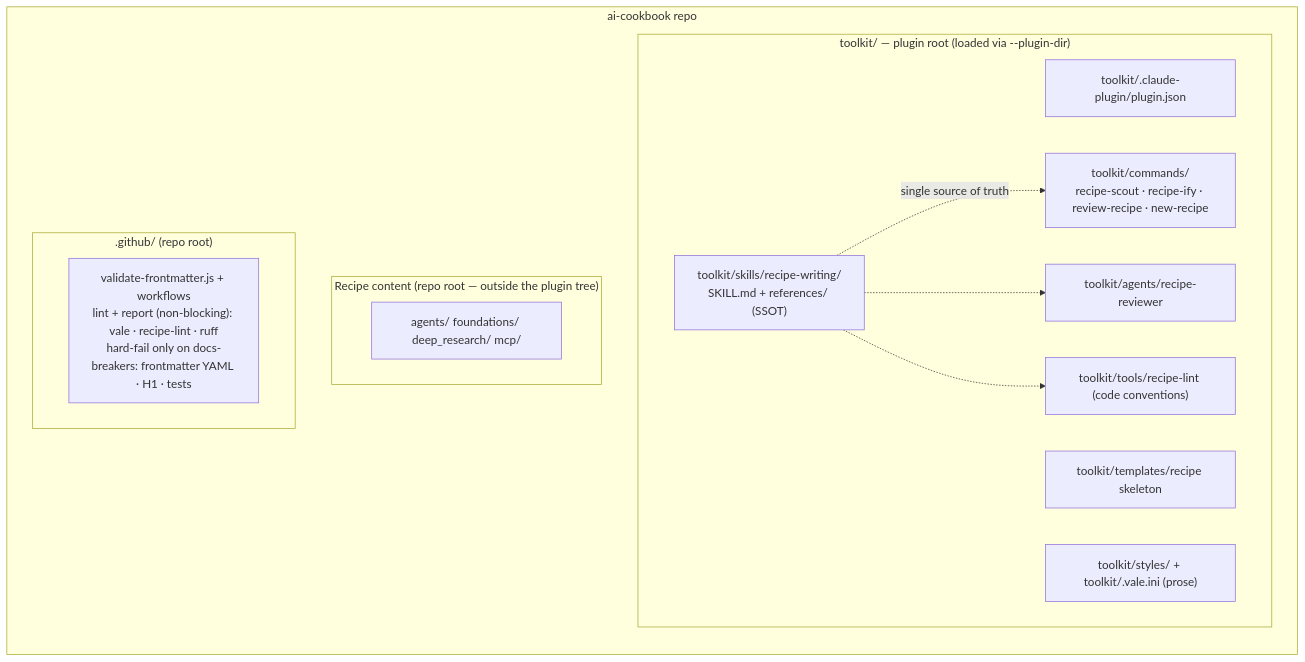
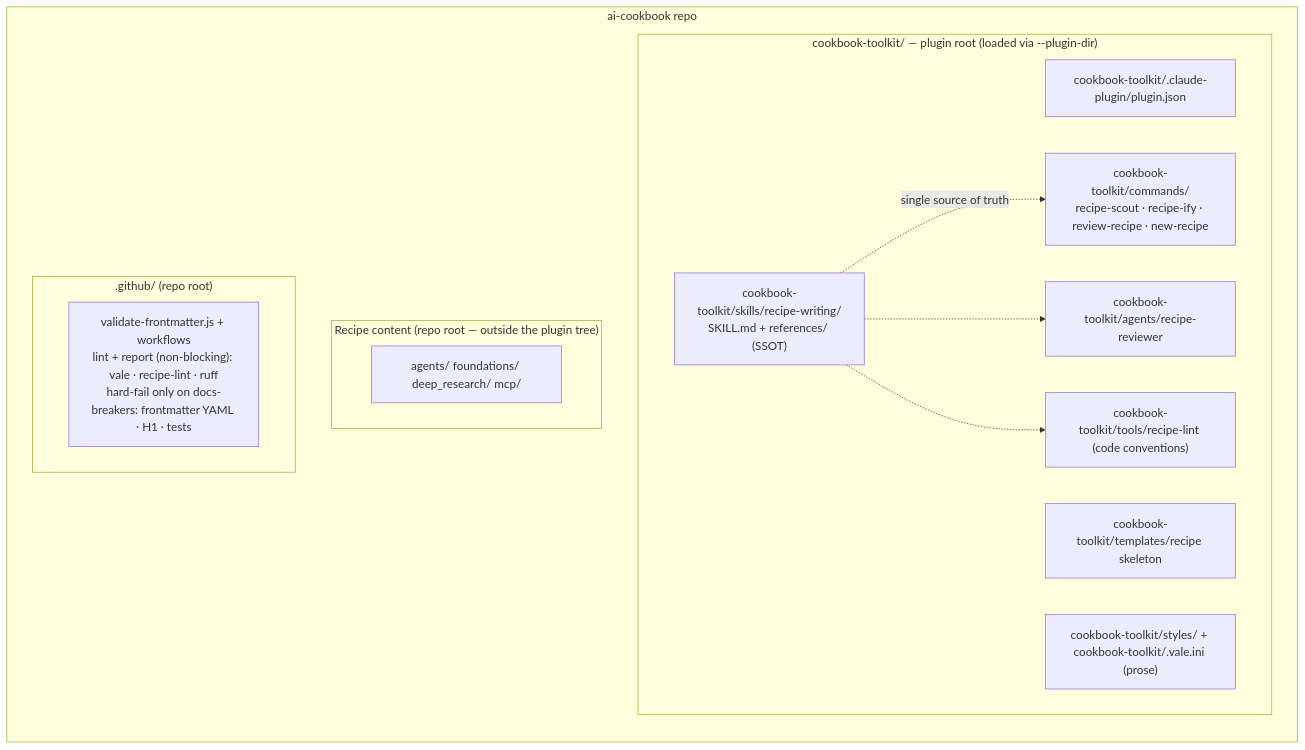
The second of 3 diagrams in spec.md (temporalio/ai-cookbook), drawn with Mermaid before and after one commit. The commit also changed other lines of this file and 50 other files, not shown here.

First line of the commit message:
Rename toolkit/ to cookbook-toolkit/

````diff
--- a/spec.md
+++ b/spec.md
@@ -221,23 +221,23 @@
 ```mermaid
 flowchart LR
     subgraph repo["ai-cookbook repo"]
-        subgraph plugin["toolkit/ — plugin root (loaded via --plugin-dir)"]
-            M["toolkit/.claude-plugin/plugin.json"]
-            SK["toolkit/skills/recipe-writing/<br/>SKILL.md + references/ (SSOT)"]
-            CM["toolkit/commands/<br/>recipe-scout · recipe-ify · review-recipe · new-recipe"]
-            AG["toolkit/agents/recipe-reviewer"]
-            TP["toolkit/templates/recipe skeleton"]
-            ST["toolkit/styles/ + toolkit/.vale.ini (prose)"]
-            LN["toolkit/tools/recipe-lint (code conventions)"]
+        subgraph plugin["cookbook-toolkit/ — plugin root (loaded via --plugin-dir)"]
+            M["cookbook-toolkit/.claude-plugin/plugin.json"]
+            SK["cookbook-toolkit/skills/recipe-writing/<br/>SKILL.md + references/ (SSOT)"]
+            CM["cookbook-toolkit/commands/<br/>recipe-scout · recipe-ify · review-recipe · new-recipe"]
+            AG["cookbook-toolkit/agents/recipe-reviewer"]
+            TP["cookbook-toolkit/templates/recipe skeleton"]
+            ST["cookbook-toolkit/styles/ + cookbook-toolkit/.vale.ini (prose)"]
+            LN["cookbook-toolkit/tools/recipe-lint (code conventions)"]
         end
         subgraph content["Recipe content (repo root — outside the plugin tree)"]
             R["agents/ foundations/ deep_research/ mcp/"]
         end
         subgraph ci[".github/ (repo root)"]
             CI["validate-frontmatter.js + workflows<br/>lint + report (non-blocking): vale · recipe-lint · ruff<br/>hard-fail only on docs-breakers: frontmatter YAML · H1 · tests"]
         end
     end
     SK -. single source of truth .-> CM
     SK -.-> AG
     SK -.-> LN
 ```
````
